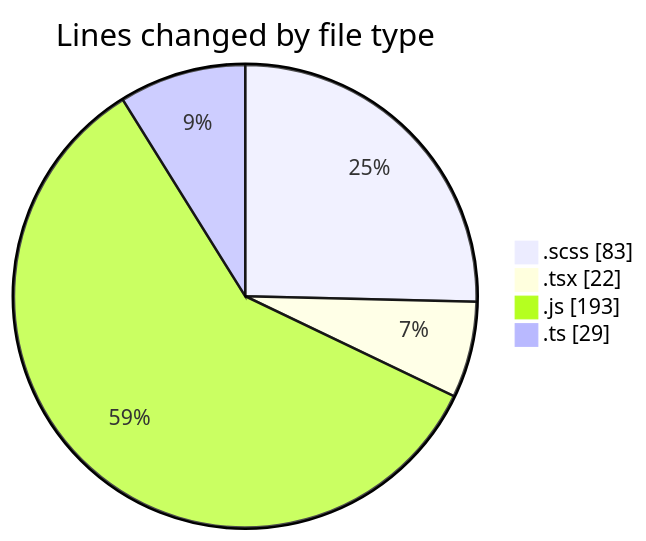
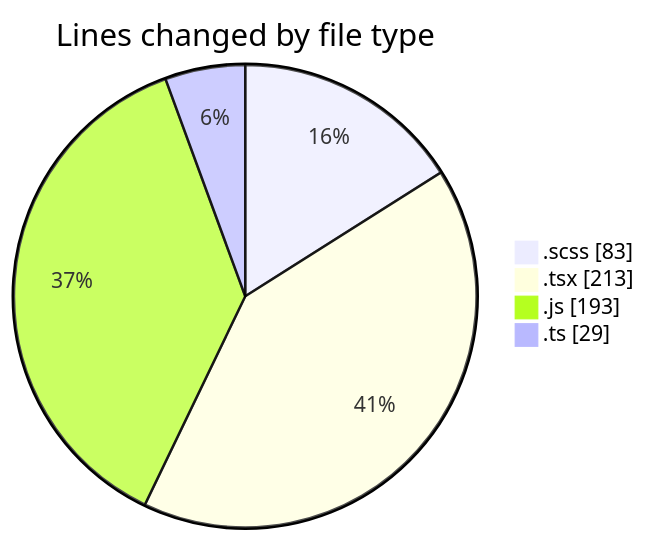
The first of 2 diagrams in 2025-03-14/cda/README.md (momahboobian/code-tracking), drawn with Mermaid before and after one commit. The commit also changed other lines of this file and 1 other file, not shown here.

````diff
--- a/2025-03-14/cda/README.md
+++ b/2025-03-14/cda/README.md
@@ -25,8 +26,8 @@
 ```mermaid
 pie showData
 title Lines changed by file type
 ".scss" : 83
-".tsx" : 22
+".tsx" : 213
 ".js" : 193
 ".ts" : 29
 ```
````
